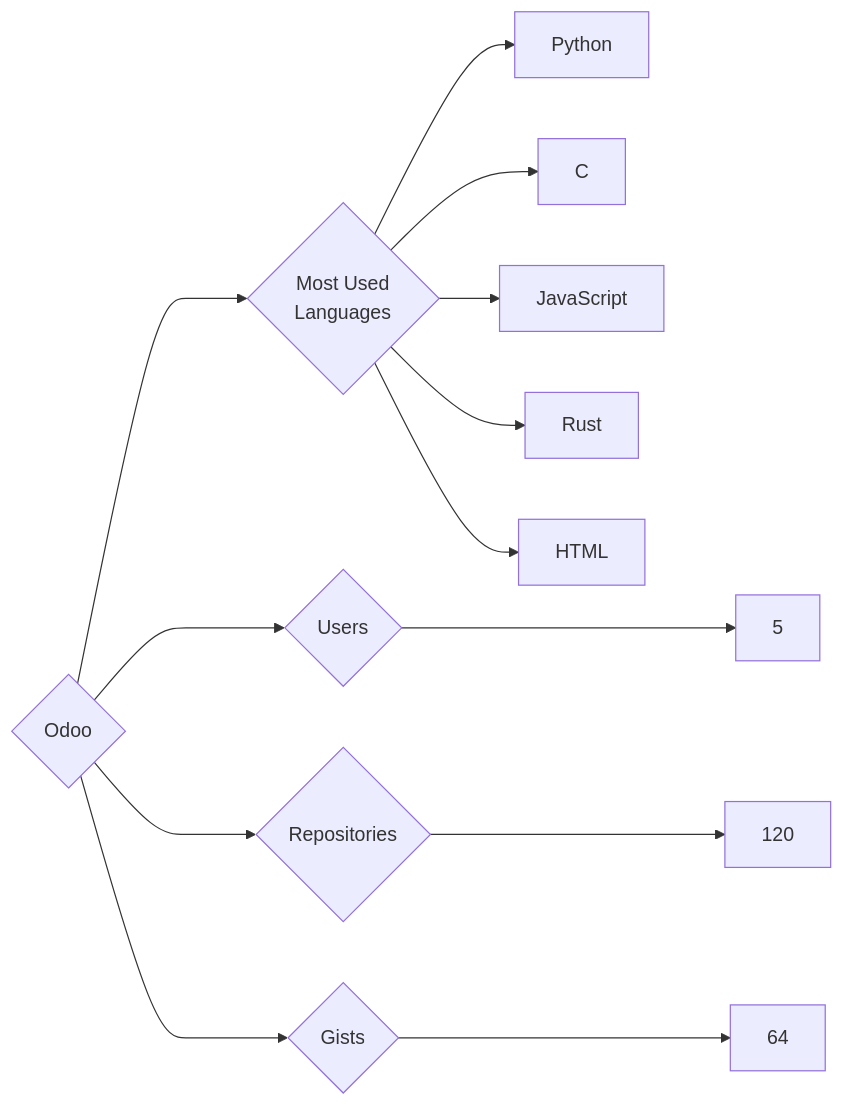
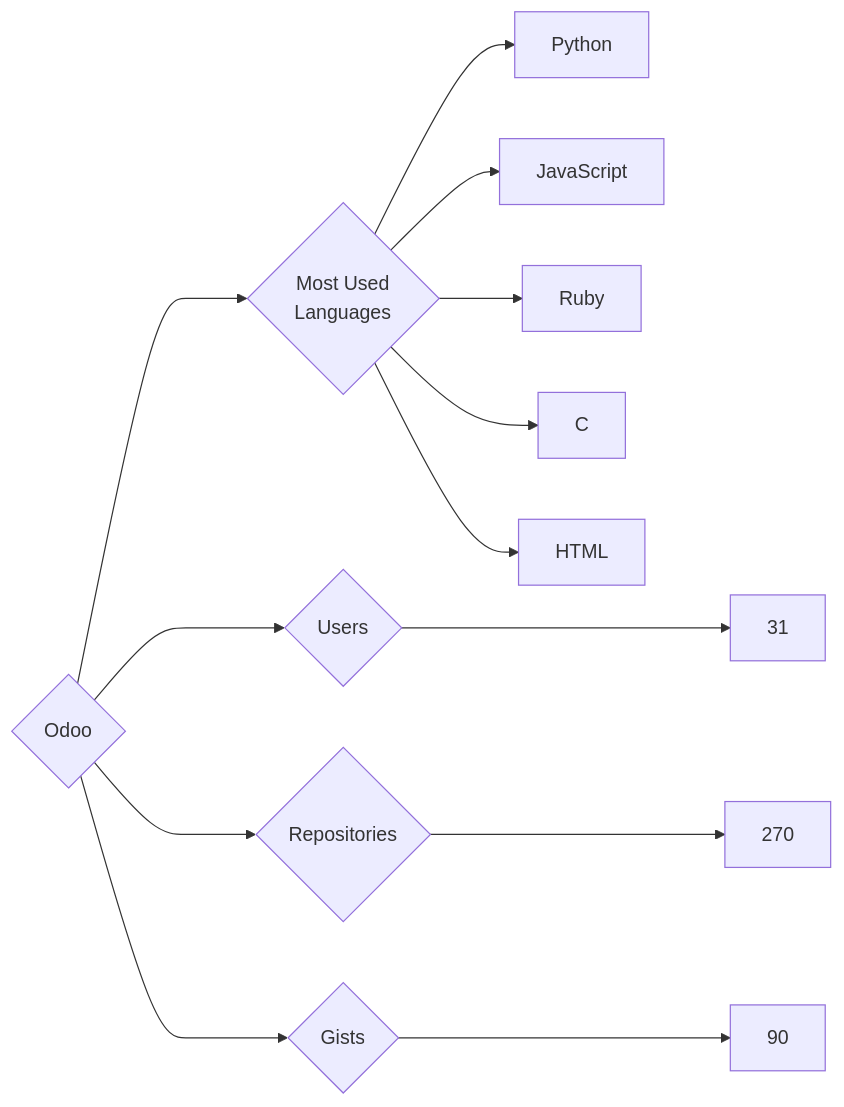
Before and after one commit to trickest/insiders: the diagram in targets/Odoo/README.md, drawn with Mermaid. The commit also changed 920 other files, not shown here.

````diff
--- a/targets/Odoo/README.md
+++ b/targets/Odoo/README.md
@@ -3,13 +3,13 @@
 ```mermaid
 graph LR
 COMPANY_NAME{Odoo}
-COMPANY_NAME ---> U{Users} ---> UN[5]
-COMPANY_NAME ---> R{Repositories} ---> RN[120]
-COMPANY_NAME ---> G{Gists} ---> GN[64]
+COMPANY_NAME ---> U{Users} ---> UN[31]
+COMPANY_NAME ---> R{Repositories} ---> RN[270]
+COMPANY_NAME ---> G{Gists} ---> GN[90]
 COMPANY_NAME ---> ML{Most Used<br>Languages}
 ML --> Python[Python]
+ML --> JavaScript[JavaScript]
+ML --> Ruby[Ruby]
 ML --> C[C]
-ML --> JavaScript[JavaScript]
-ML --> Rust[Rust]
 ML --> HTML[HTML]
 ```
````
